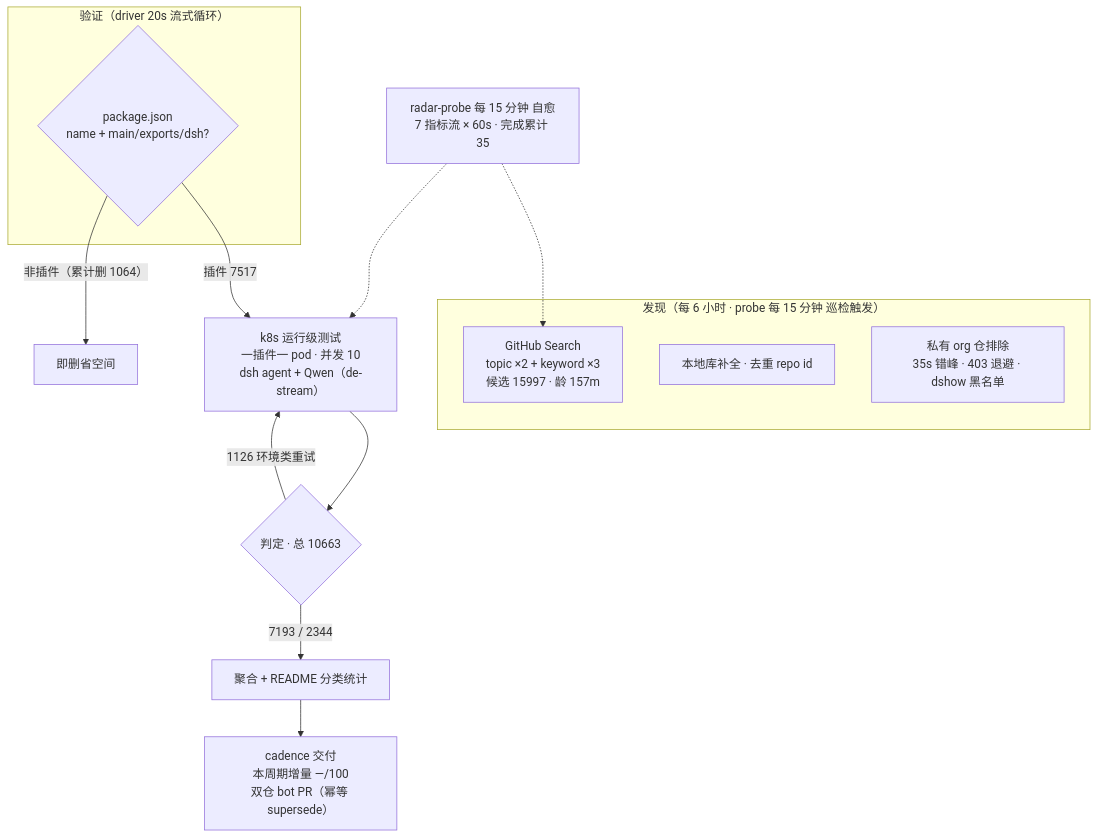
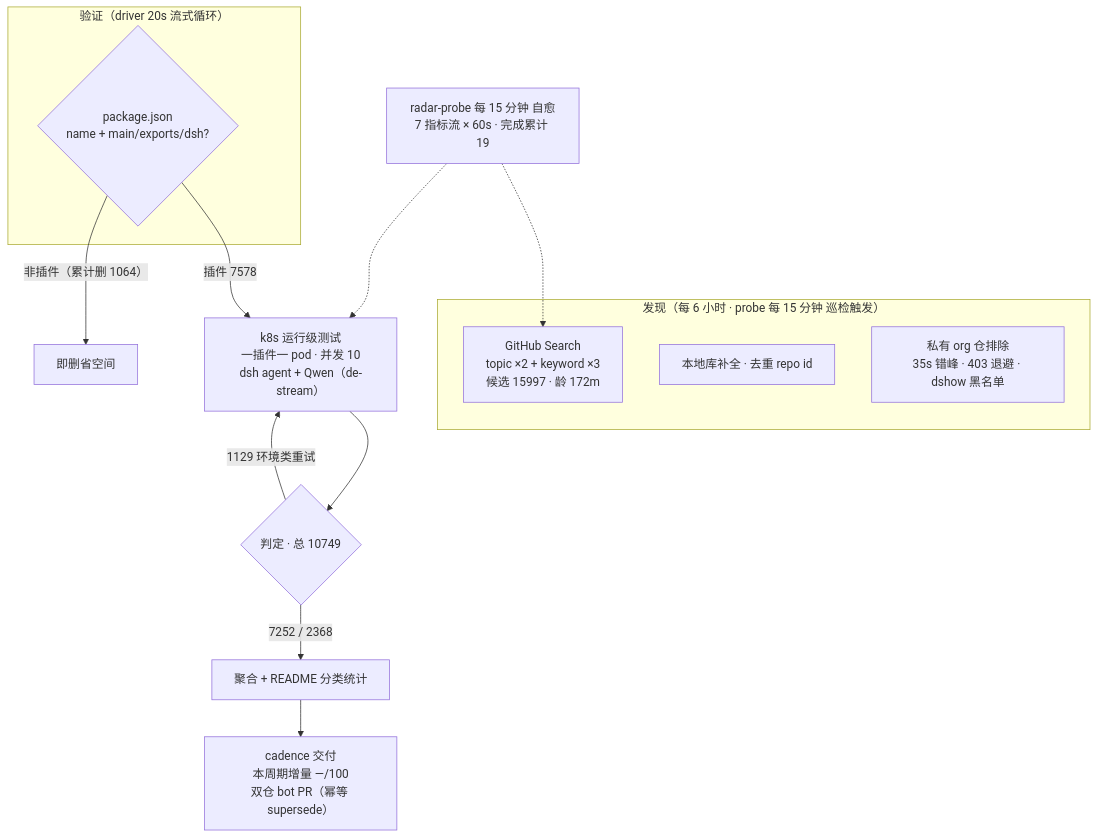
One commit to Zhidao-Lab-OSS/awesome-dsh-plugins changed the diagram in README.md. Above: the diagram before and after it, drawn with Mermaid. The commit also changed other lines of this file and 1 other file, not shown here.

````diff
--- a/README.md
+++ b/README.md
@@ -37,20 +37,20 @@
 ```mermaid
 flowchart TB
     subgraph Discovery["发现（每 6 小时 · probe 每 15 分钟 巡检触发）"]
-        A1["GitHub Search<br/>topic ×2 + keyword ×3<br/>候选 15997 · 龄 157m"]
+        A1["GitHub Search<br/>topic ×2 + keyword ×3<br/>候选 15997 · 龄 172m"]
         A2["本地库补全 · 去重 repo id"]
         A3["私有 org 仓排除<br/>35s 错峰 · 403 退避 · dshow 黑名单"]
     end
     subgraph Validation["验证（driver 20s 流式循环）"]
         B1{"package.json<br/>name + main/exports/dsh?"}
     end
-    B1 -->|"插件 7517"| C1["k8s 运行级测试<br/>一插件一 pod · 并发 10<br/>dsh agent + Qwen（de-stream）"]
+    B1 -->|"插件 7578"| C1["k8s 运行级测试<br/>一插件一 pod · 并发 10<br/>dsh agent + Qwen（de-stream）"]
     B1 -->|"非插件（累计删 1064）"| B3["即删省空间"]
-    C1 --> D1{"判定 · 总 10663"}
-    D1 -->|"7193 / 2344"| E1["聚合 + README 分类统计"]
-    D1 -->|"1126 环境类重试"| C1
+    C1 --> D1{"判定 · 总 10749"}
+    D1 -->|"7252 / 2368"| E1["聚合 + README 分类统计"]
+    D1 -->|"1129 环境类重试"| C1
     E1 --> E2["cadence 交付<br/>本周期增量 —/100<br/>双仓 bot PR（幂等 supersede）"]
-    M["radar-probe 每 15 分钟 自愈<br/>7 指标流 × 60s · 完成累计 35"]
+    M["radar-probe 每 15 分钟 自愈<br/>7 指标流 × 60s · 完成累计 19"]
     M -.-> A1
     M -.-> C1
 ```
````
